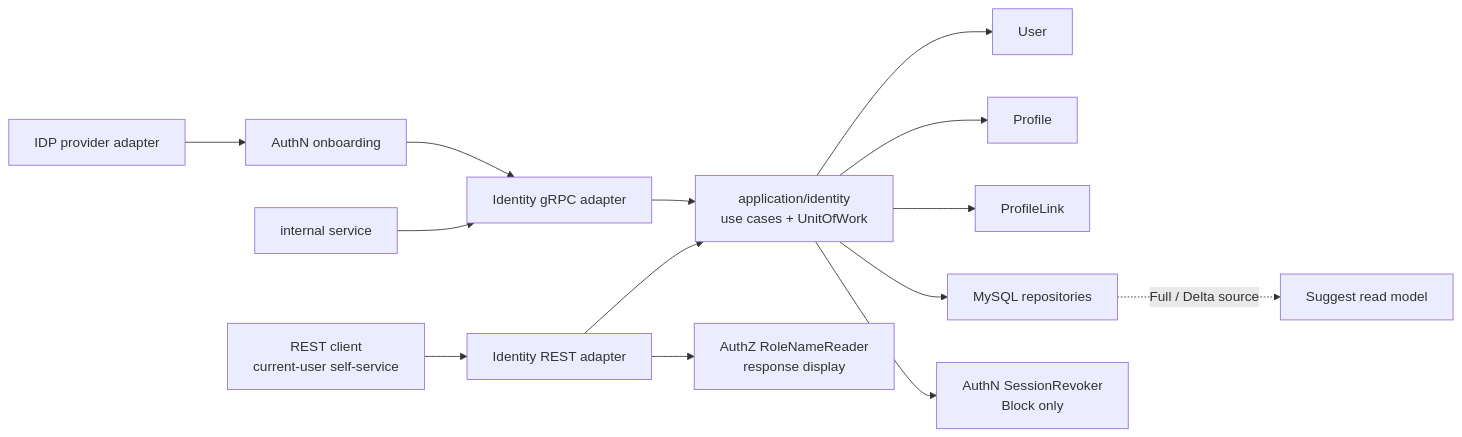
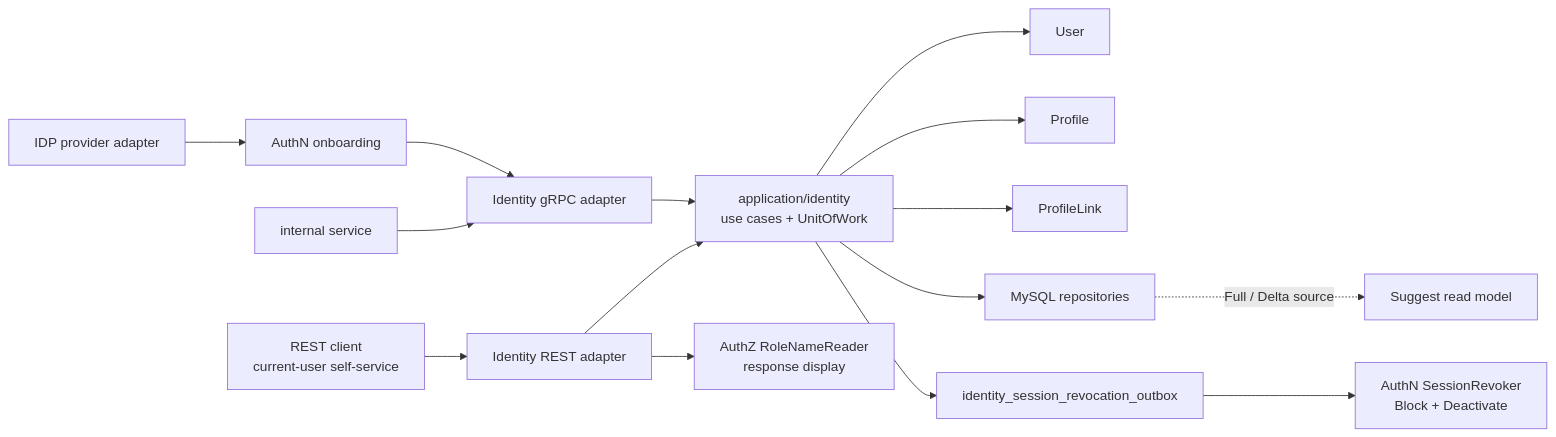
The diagram in docs/02-业务模块/01-Identity/00-模块总览.md (FangcunMount/iam), drawn with Mermaid before and after one commit. The commit also changed other lines of this file and 80 other files, not shown here.

````diff
--- a/docs/02-业务模块/01-Identity/00-模块总览.md
+++ b/docs/02-业务模块/01-Identity/00-模块总览.md
@@ -75,20 +75,21 @@
 ```mermaid
 flowchart LR
     Client["REST client\ncurrent-user self-service"] --> REST["Identity REST adapter"]
     Service["internal service"] --> GRPC["Identity gRPC adapter"]
 
     REST --> APP["application/identity\nuse cases + UnitOfWork"]
     GRPC --> APP
 
     APP --> USER["User"]
     APP --> PROFILE["Profile"]
     APP --> LINK["ProfileLink"]
     APP --> DB["MySQL repositories"]
 
-    APP --> SESSION["AuthN SessionRevoker\nBlock only"]
+    APP --> REVOCATION["identity_session_revocation_outbox"]
+    REVOCATION --> SESSION["AuthN SessionRevoker\nBlock + Deactivate"]
     REST --> ROLE["AuthZ RoleNameReader\nresponse display"]
 
     DB -. "Full / Delta source" .-> SUGGEST["Suggest read model"]
     IDP["IDP provider adapter"] --> AUTHN["AuthN onboarding"]
     AUTHN --> GRPC
 ```
````
